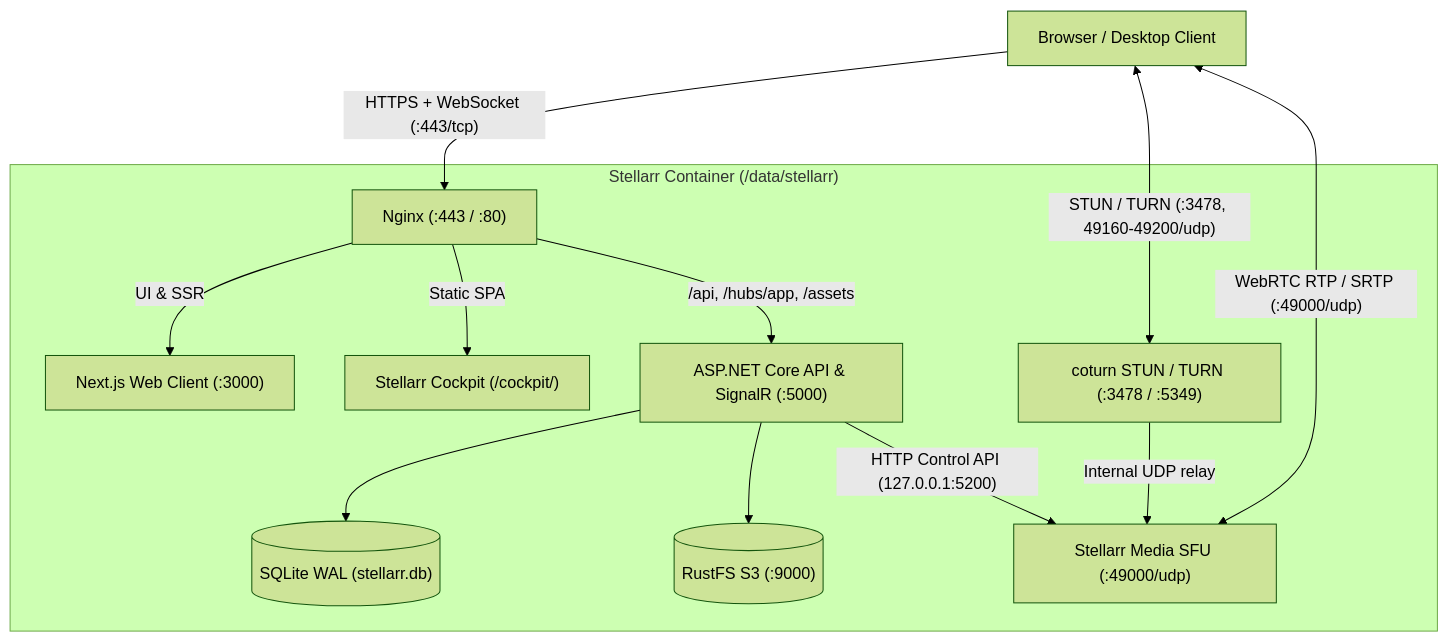
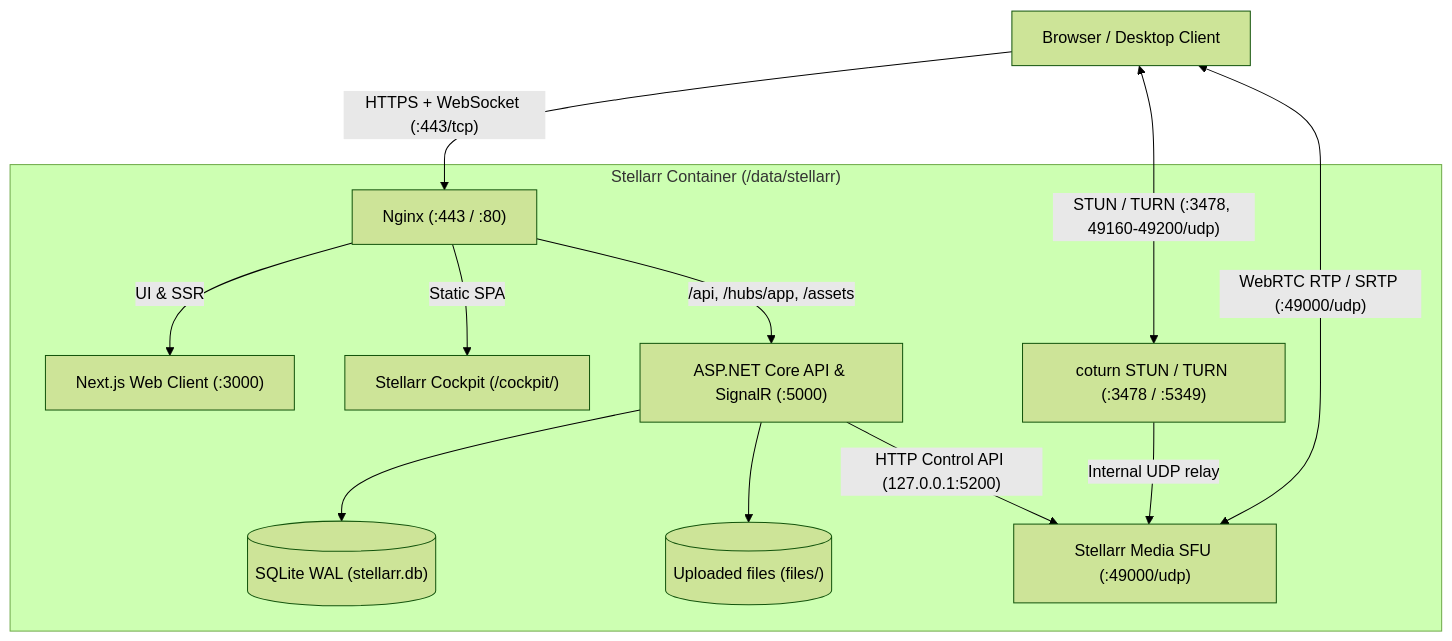
One commit to Arkazzae/Stellarr changed the diagram in docs/architecture.md. Above: the diagram before and after it, drawn with Mermaid (forest theme). The commit also changed other lines of this file and 16 other files, not shown here.

````diff
--- a/docs/architecture.md
+++ b/docs/architecture.md
@@ -9,27 +9,27 @@
 ```mermaid
 flowchart TD
     Browser["Browser / Desktop Client"]
 
     subgraph Container["Stellarr Container (/data/stellarr)"]
         Nginx["Nginx (:443 / :80)"]
         Web["Next.js Web Client (:3000)"]
         Cockpit["Stellarr Cockpit (/cockpit/)"]
         Api["ASP.NET Core API & SignalR (:5000)"]
         Sqlite[("SQLite WAL (stellarr.db)")]
-        RustFS[("RustFS S3 (:9000)")]
+        Files[("Uploaded files (files/)")]
         Coturn["coturn STUN / TURN (:3478 / :5349)"]
         Media["Stellarr Media SFU (:49000/udp)"]
 
         Nginx -->|"UI & SSR"| Web
         Nginx -->|"Static SPA"| Cockpit
         Nginx -->|"/api, /hubs/app, /assets"| Api
         Api --> Sqlite
-        Api --> RustFS
+        Api --> Files
         Api -->|"HTTP Control API (127.0.0.1:5200)"| Media
         Coturn -->|"Internal UDP relay"| Media
     end
 
     Browser -->|"HTTPS + WebSocket (:443/tcp)"| Nginx
     Browser <-->|"STUN / TURN (:3478, 49160-49200/udp)"| Coturn
     Browser <-->|"WebRTC RTP / SRTP (:49000/udp)"| Media
 ```
````
